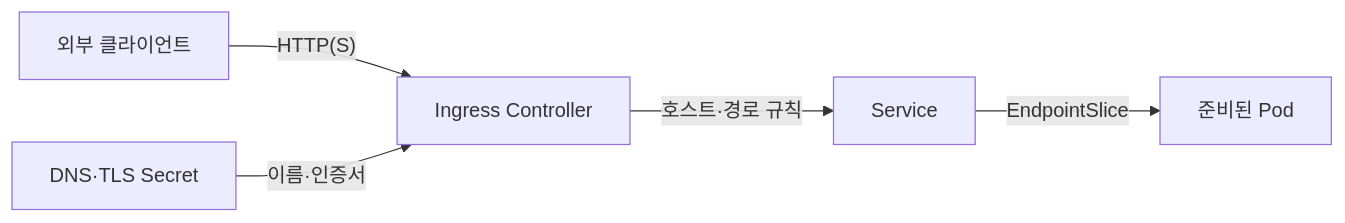
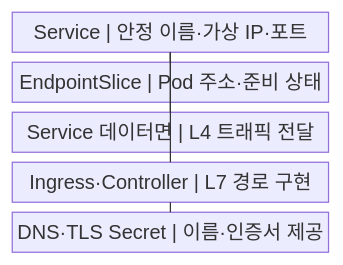
The first of 2 diagrams in src/content/docs/notes/03-software/155_kubernetes_service_ingress.md (agnusdei1207/knowledge-base), drawn with Mermaid before and after one commit. The commit also changed other lines of this file and 20 other files, not shown here.

````diff
--- a/src/content/docs/notes/03-software/155_kubernetes_service_ingress.md
+++ b/src/content/docs/notes/03-software/155_kubernetes_service_ingress.md
@@ -62,7 +59,13 @@
 ```mermaid
-flowchart LR
-    C["외부 클라이언트"] -->|"HTTP(S)"| I["Ingress Controller"]
-    I -->|"호스트·경로 규칙"| S["Service"]
-    S -->|"EndpointSlice"| P["준비된 Pod"]
-    D["DNS·TLS Secret"] -->|"이름·인증서"| I
+block
+    columns 1
+    A["Service | 안정 이름·가상 IP·포트"]
+    B["EndpointSlice | Pod 주소·준비 상태"]
+    C["Service 데이터면 | L4 트래픽 전달"]
+    D["Ingress·Controller | L7 경로 구현"]
+    E["DNS·TLS Secret | 이름·인증서 제공"]
+    E --- D
+    D --- A
+    A --- B
+    A --- C
 ```
````
